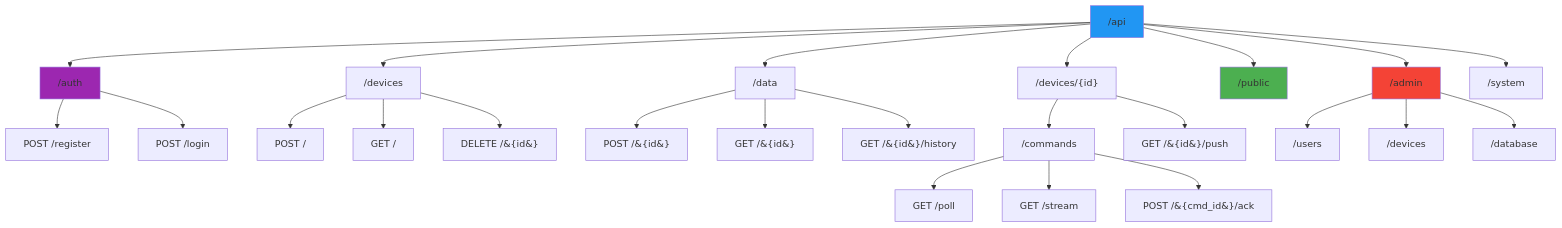
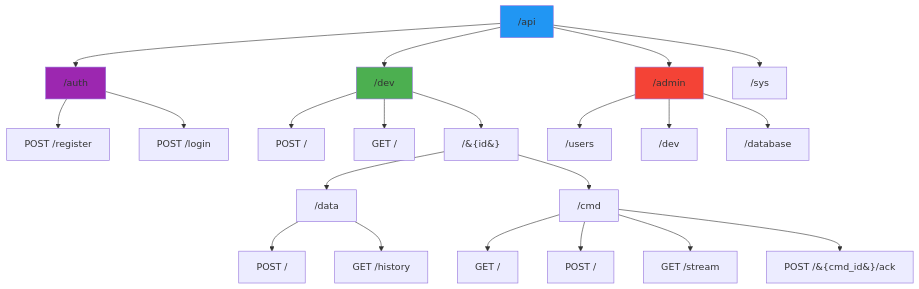
One commit to tevfik/datum-server changed diagram 11 of 15 in docs/diagrams/ARCHITECTURE.md. Above: the diagram before and after it, drawn with Mermaid. The commit also changed other lines of this file and 61 other files, not shown here.

````diff
--- a/docs/diagrams/ARCHITECTURE.md
+++ b/docs/diagrams/ARCHITECTURE.md
@@ -284,37 +314,34 @@
 ```mermaid
 graph TD
     API["/api"] --> AUTH["/auth"]
-    API --> DEVICES["/devices"]
-    API --> DATA["/data"]
-    API --> DEVICE["/devices/{id}"]
-    API --> PUBLIC["/public"]
+    API --> DEV["/dev"]
     API --> ADMIN["/admin"]
-    API --> SYSTEM["/system"]
+    API --> SYS["/sys"]
     
     AUTH --> REGISTER[POST /register]
     AUTH --> LOGIN[POST /login]
     
-    DEVICES --> CREATE_DEV[POST /]
-    DEVICES --> LIST_DEV[GET /]
-    DEVICES --> DELETE_DEV[DELETE /&#123;id&#125;]
-
-    DATA --> POST_DATA[POST /&#123;id&#125;]
-    DATA --> GET_LATEST[GET /&#123;id&#125;]
-    DATA --> GET_HISTORY[GET /&#123;id&#125;/history]
+    DEV --> CREATE_DEV[POST /]
+    DEV --> LIST_DEV[GET /]
     
-    DEVICE --> COMMANDS["/commands"]
-    DEVICE --> PUSH["GET /&#123;id&#125;/push"]
+    DEV --> DEVICE["/&#123;id&#125;"]
+    DEVICE --> DATA["/data"]
+    DEVICE --> CMD["/cmd"]
     
-    COMMANDS --> POLL[GET /poll]
-    COMMANDS --> STREAM[GET /stream]
-    COMMANDS --> ACK[POST /&#123;cmd_id&#125;/ack]
+    DATA --> POST_DATA[POST /]
+    DATA --> GET_HIST[GET /history]
+    
+    CMD --> LIST_CMD[GET /]
+    CMD --> SEND_CMD[POST /]
+    CMD --> STREAM[GET /stream]
+    CMD --> ACK[POST /&#123;cmd_id&#125;/ack]
     
     ADMIN --> USERS["/users"]
-    ADMIN --> DEVICES_ADMIN["/devices"]
+    ADMIN --> DEVICES_ADMIN["/dev"]
     ADMIN --> DATABASE["/database"]
     
     style API fill:#2196F3
     style AUTH fill:#9C27B0
     style ADMIN fill:#f44336
-    style PUBLIC fill:#4CAF50
+    style DEV fill:#4CAF50
 ```
````
